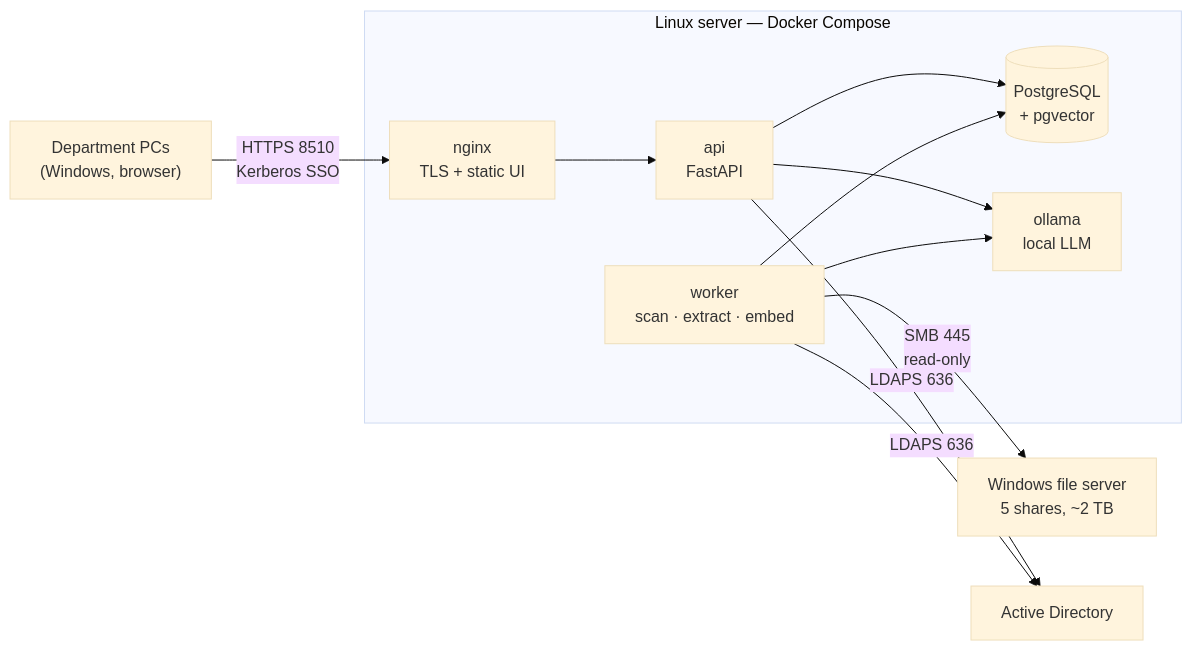
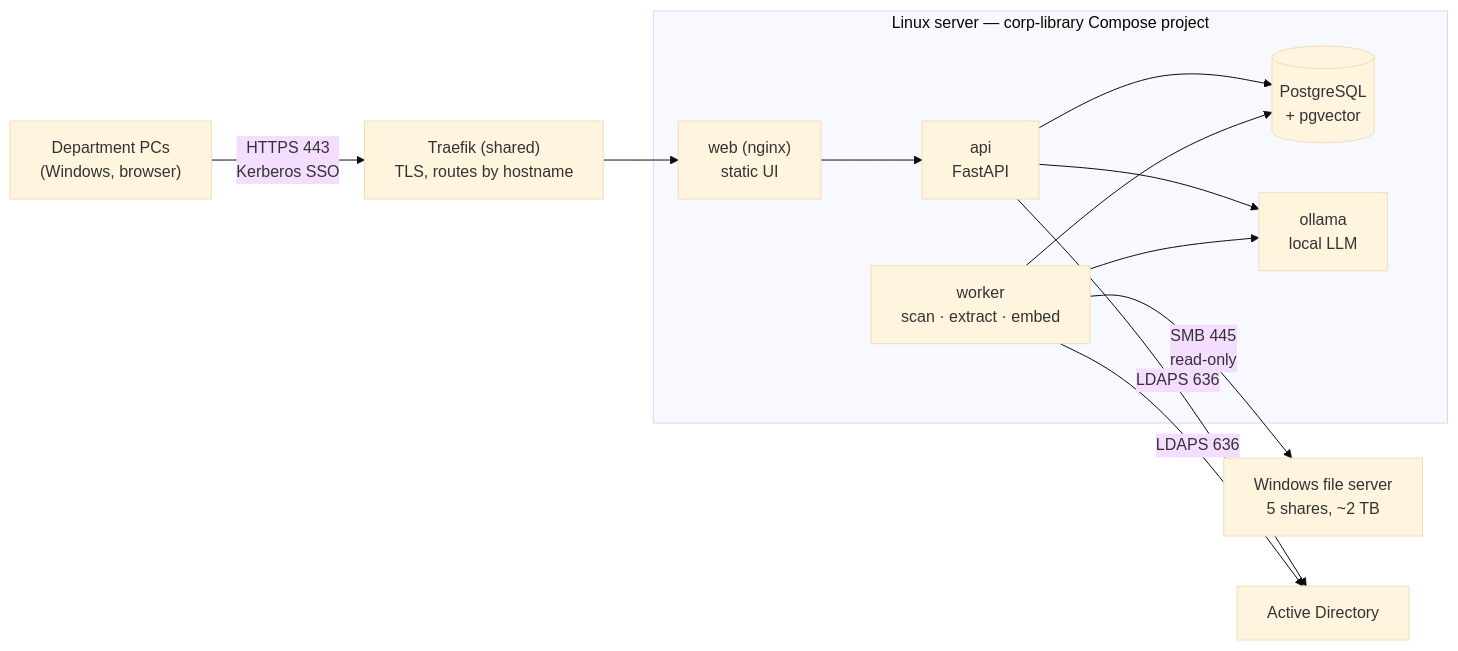
The diagram in docs/ROADMAP.md (jlleongarcia/corp-library), drawn with Mermaid (base theme) before and after one commit. The commit also changed other lines of this file and 5 other files, not shown here.

Commit message:
Phase 0: update deployment configuration and nginx settings for Traefik integration

````diff
--- a/docs/ROADMAP.md
+++ b/docs/ROADMAP.md
@@ -42,16 +43,17 @@
 ```mermaid
 flowchart LR
-    PC["Department PCs<br/>(Windows, browser)"] -- "HTTPS 8510<br/>Kerberos SSO" --> NGINX
+    PC["Department PCs<br/>(Windows, browser)"] -- "HTTPS 443<br/>Kerberos SSO" --> TRAEFIK
 
-    subgraph LINUX["Linux server — Docker Compose"]
-        NGINX["nginx<br/>TLS + static UI"] --> API["api<br/>FastAPI"]
+    TRAEFIK["Traefik (shared)<br/>TLS, routes by hostname"] --> NGINX
+    subgraph LINUX["Linux server — corp-library Compose project"]
+        NGINX["web (nginx)<br/>static UI"] --> API["api<br/>FastAPI"]
         API --> DB[("PostgreSQL<br/>+ pgvector")]
         API --> LLM["ollama<br/>local LLM"]
         WORKER["worker<br/>scan · extract · embed"] --> DB
         WORKER --> LLM
     end
 
     WORKER -- "SMB 445<br/>read-only" --> FS["Windows file server<br/>5 shares, ~2 TB"]
     API -- "LDAPS 636" --> AD["Active Directory"]
     WORKER -- "LDAPS 636" --> AD
 ```
````
